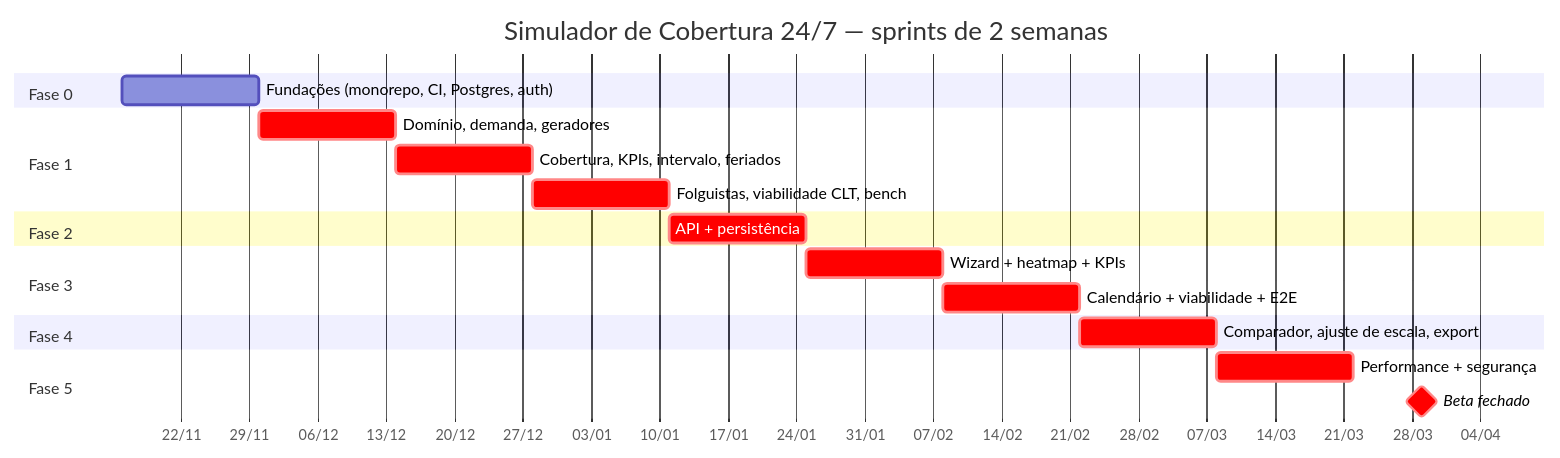
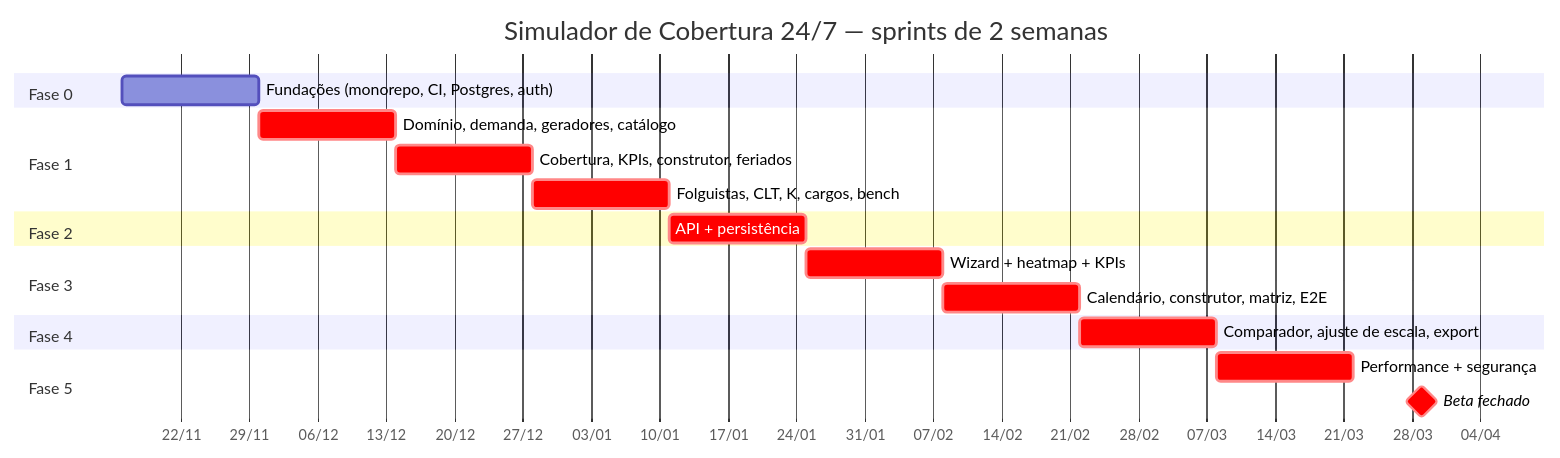
Before and after one commit to thgterto/Ferramentas-Web: the diagram in docs/simulador-escalas/06-plano-de-implementacao.md, drawn with Mermaid. The commit also changed other lines of this file and 6 other files, not shown here.

First line of the commit message:
docs: v3.2 - catálogo ampliado, construtor de escalas, turmas como restrição e cobertura entre cargos

````diff
--- a/docs/simulador-escalas/06-plano-de-implementacao.md
+++ b/docs/simulador-escalas/06-plano-de-implementacao.md
@@ -149,22 +173,22 @@
 ```mermaid
 gantt
     title Simulador de Cobertura 24/7 — sprints de 2 semanas
     dateFormat  YYYY-MM-DD
     axisFormat  %d/%m
     section Fase 0
     Fundações (monorepo, CI, Postgres, auth)   :f0, 2026-11-16, 14d
     section Fase 1
-    Domínio, demanda, geradores                :crit, f1a, after f0, 14d
-    Cobertura, KPIs, intervalo, feriados       :crit, f1b, after f1a, 14d
-    Folguistas, viabilidade CLT, bench         :crit, f1c, after f1b, 14d
+    Domínio, demanda, geradores, catálogo      :crit, f1a, after f0, 14d
+    Cobertura, KPIs, construtor, feriados      :crit, f1b, after f1a, 14d
+    Folguistas, CLT, K, cargos, bench          :crit, f1c, after f1b, 14d
     section Fase 2
     API + persistência                         :crit, f2, after f1c, 14d
     section Fase 3
     Wizard + heatmap + KPIs                    :crit, f3a, after f2, 14d
-    Calendário + viabilidade + E2E             :crit, f3b, after f3a, 14d
+    Calendário, construtor, matriz, E2E        :crit, f3b, after f3a, 14d
     section Fase 4
     Comparador, ajuste de escala, export       :crit, f4, after f3b, 14d
     section Fase 5
     Performance + segurança                    :crit, f5a, after f4, 14d
     Beta fechado                               :milestone, crit, f5b, after f5a, 14d
 ```
````
